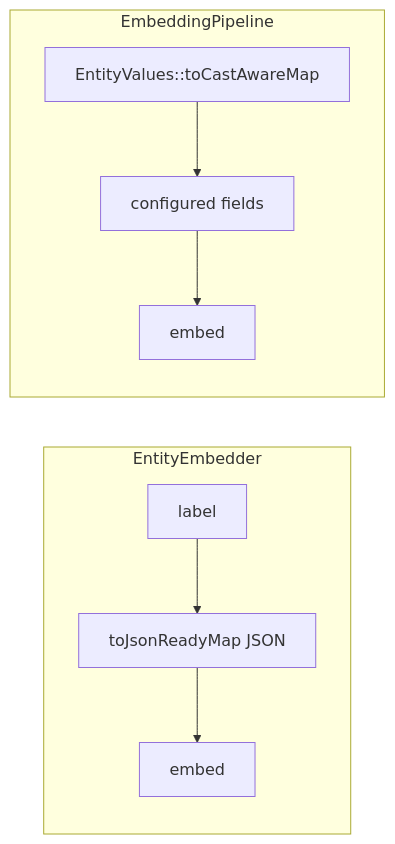
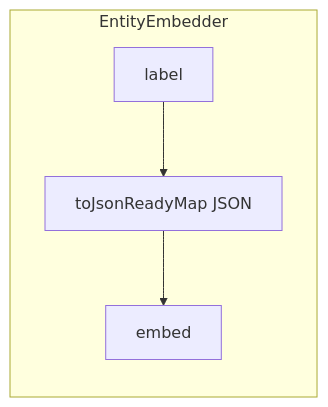
One commit to waaseyaa/framework changed the diagram in docs/specs/ai-integration.md. Above: the diagram before and after it, drawn with Mermaid. The commit also changed other lines of this file and 57 other files, not shown here.

````diff
--- a/docs/specs/ai-integration.md
+++ b/docs/specs/ai-integration.md
@@ -662,11 +586,7 @@
 ```mermaid
 flowchart LR
   subgraph embedder["EntityEmbedder"]
     L[label] --> T1["toJsonReadyMap JSON"]
     T1 --> E1[embed]
   end
-  subgraph pipeline["EmbeddingPipeline"]
-    M[EntityValues::toCastAwareMap] --> F[configured fields]
-    F --> E2[embed]
-  end
 ```
````
